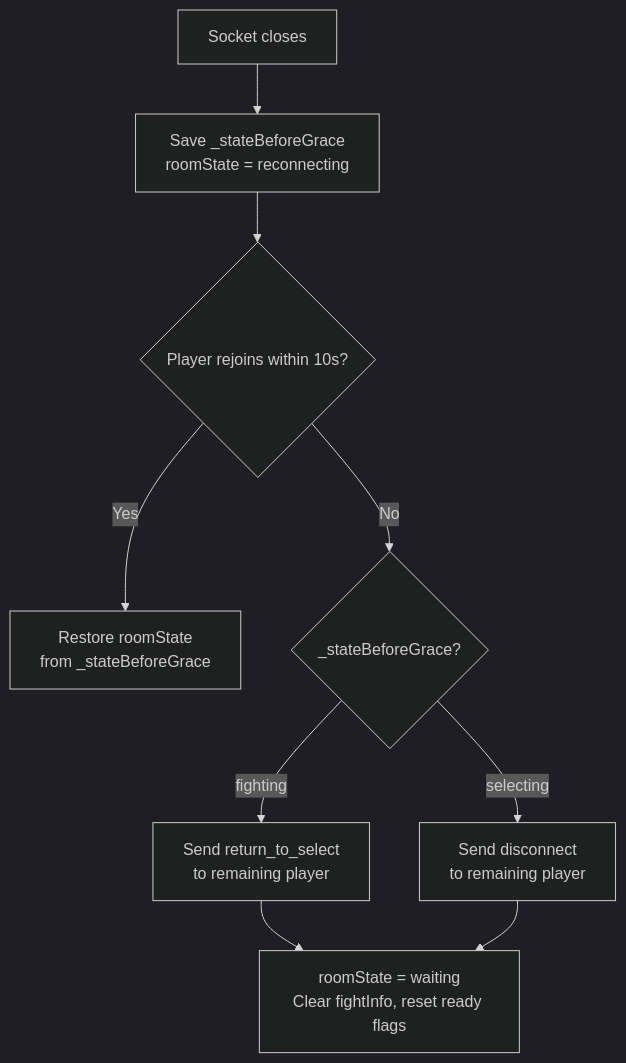
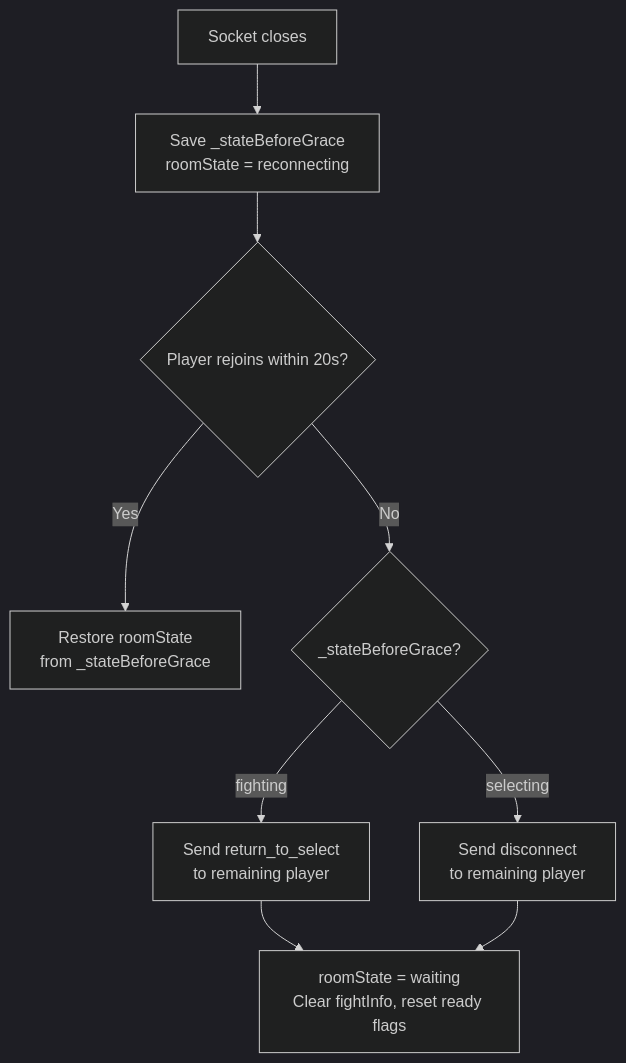
Before and after one commit to simon0191/a-los-traques: the third of 4 diagrams in docs/graceful-reconnection.md, drawn with Mermaid (dark theme). The commit also changed other lines of this file and 8 other files, not shown here.

````diff
--- a/docs/graceful-reconnection.md
+++ b/docs/graceful-reconnection.md
@@ -53,11 +53,11 @@
 ```mermaid
 flowchart TD
     A[Socket closes] --> B["Save _stateBeforeGrace\nroomState = reconnecting"]
-    B --> C{Player rejoins within 10s?}
+    B --> C{Player rejoins within 20s?}
     C -- Yes --> D["Restore roomState\nfrom _stateBeforeGrace"]
     C -- No --> E{_stateBeforeGrace?}
     E -- fighting --> F["Send return_to_select\nto remaining player"]
     E -- selecting --> G["Send disconnect\nto remaining player"]
     F --> H["roomState = waiting\nClear fightInfo, reset ready flags"]
     G --> H
 ```
````
